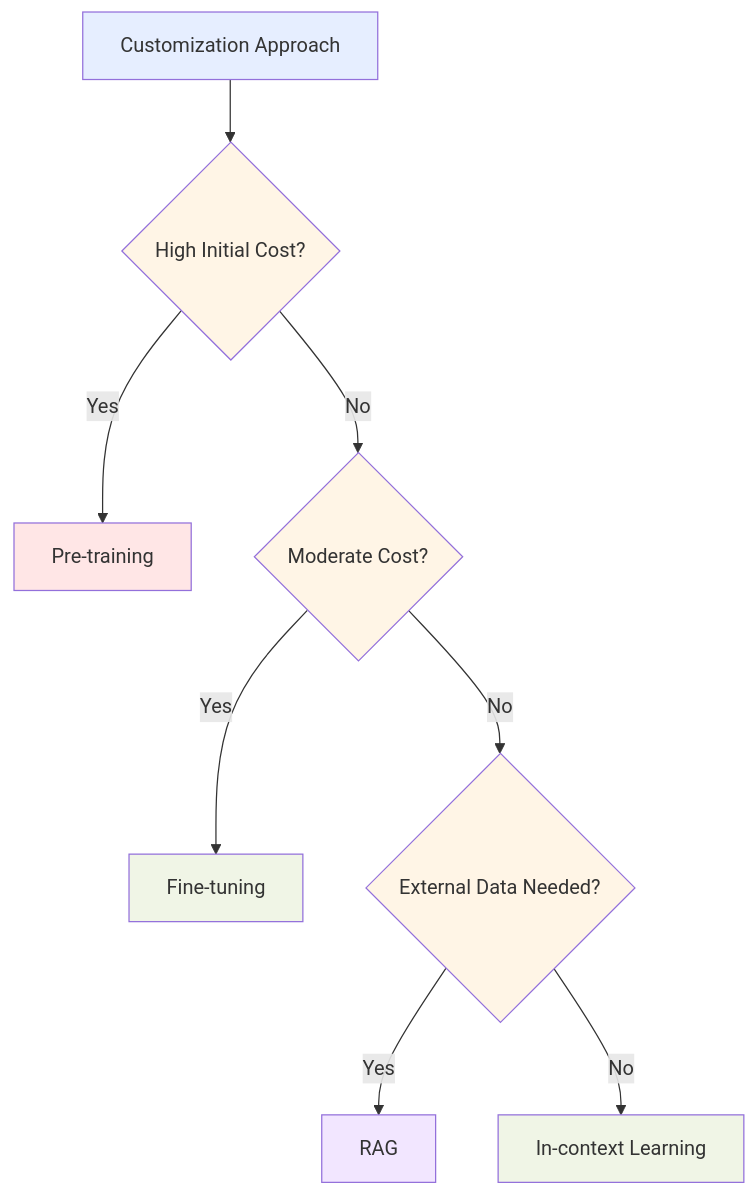
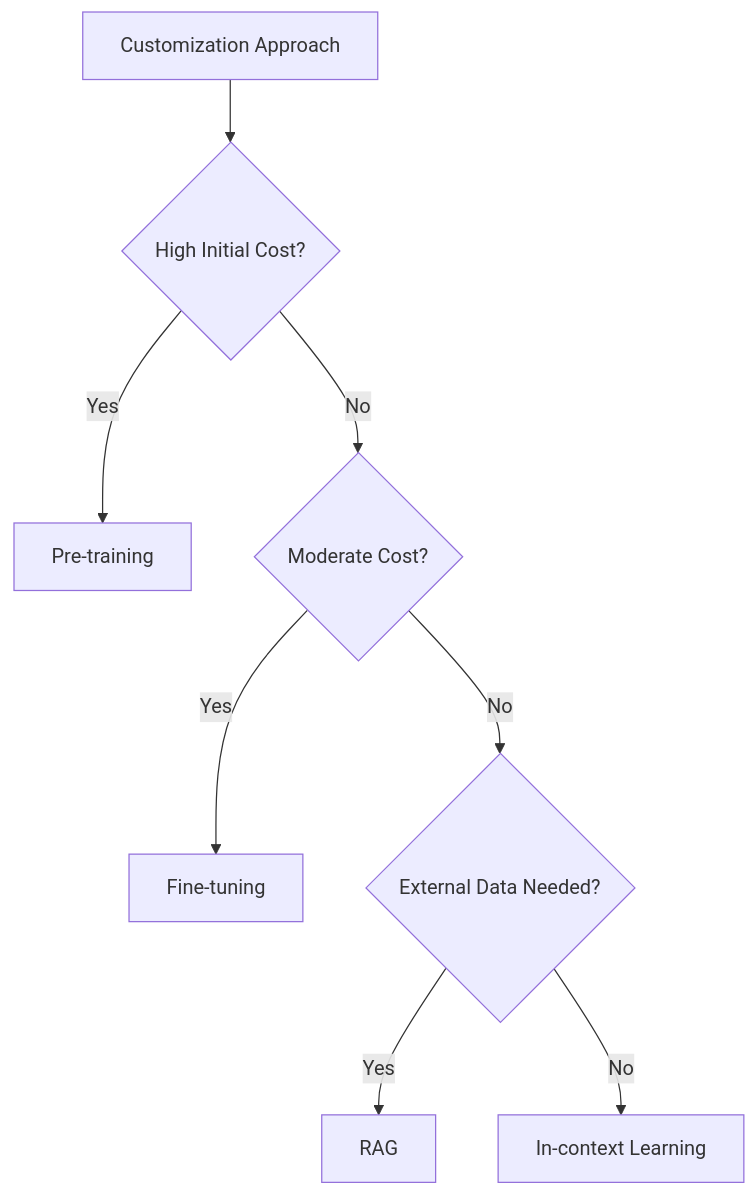
Before and after one commit to CloudCityPress/aws-aif-c01: the third of 4 diagrams in english/30_10_Design_Considerations_for_apps_that_use_FMs.md, drawn with Mermaid. The commit also changed other lines of this file and 16 other files, not shown here.

Commit message:
updating Mermaids

````diff
--- a/english/30_10_Design_Considerations_for_apps_that_use_FMs.md
+++ b/english/30_10_Design_Considerations_for_apps_that_use_FMs.md
@@ -202,18 +193,11 @@
 ```mermaid
 flowchart TD
     A[Customization Approach] --> B{High Initial Cost?}
     B -->|Yes| C[Pre-training]
     B -->|No| D{Moderate Cost?}
     D -->|Yes| E[Fine-tuning]
     D -->|No| F{External Data Needed?}
     F -->|Yes| G[RAG]
     F -->|No| H[In-context Learning]
-    style A fill:#e6eeff
-    style B fill:#fff5e6
-    style D fill:#fff5e6
-    style F fill:#fff5e6
-    style C fill:#ffe6e6
-    style E fill:#f0f5e6
-    style G fill:#f2e6ff
-    style H fill:#f0f5e6
+
 ```
````
